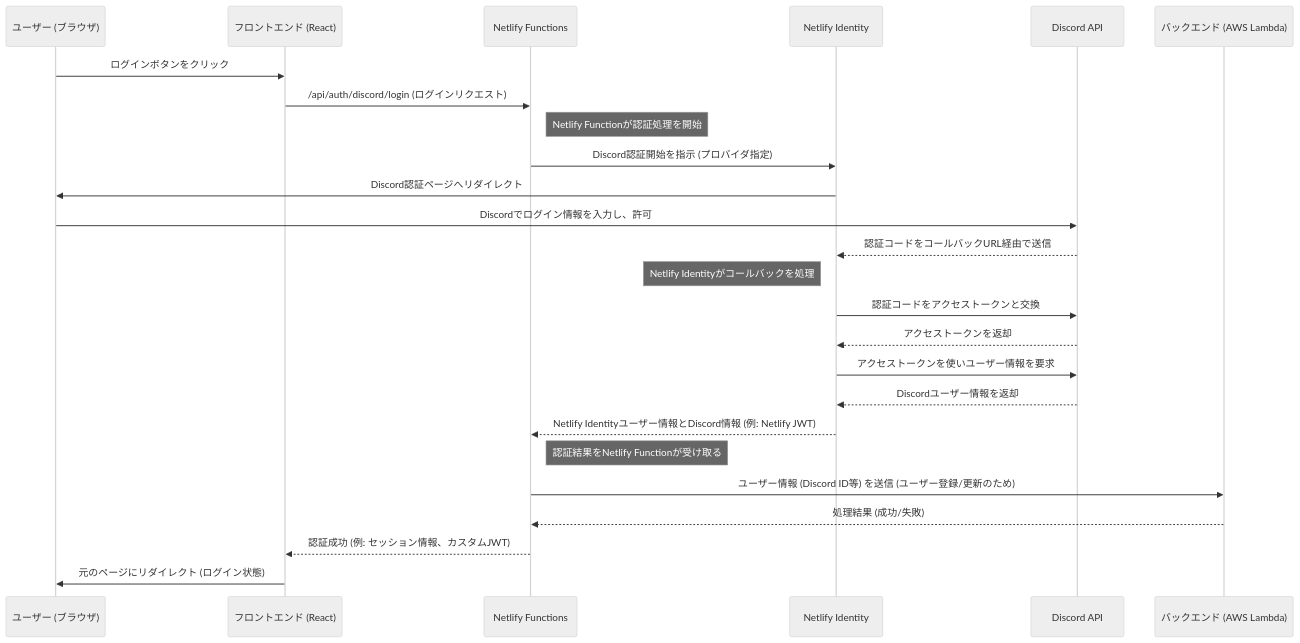
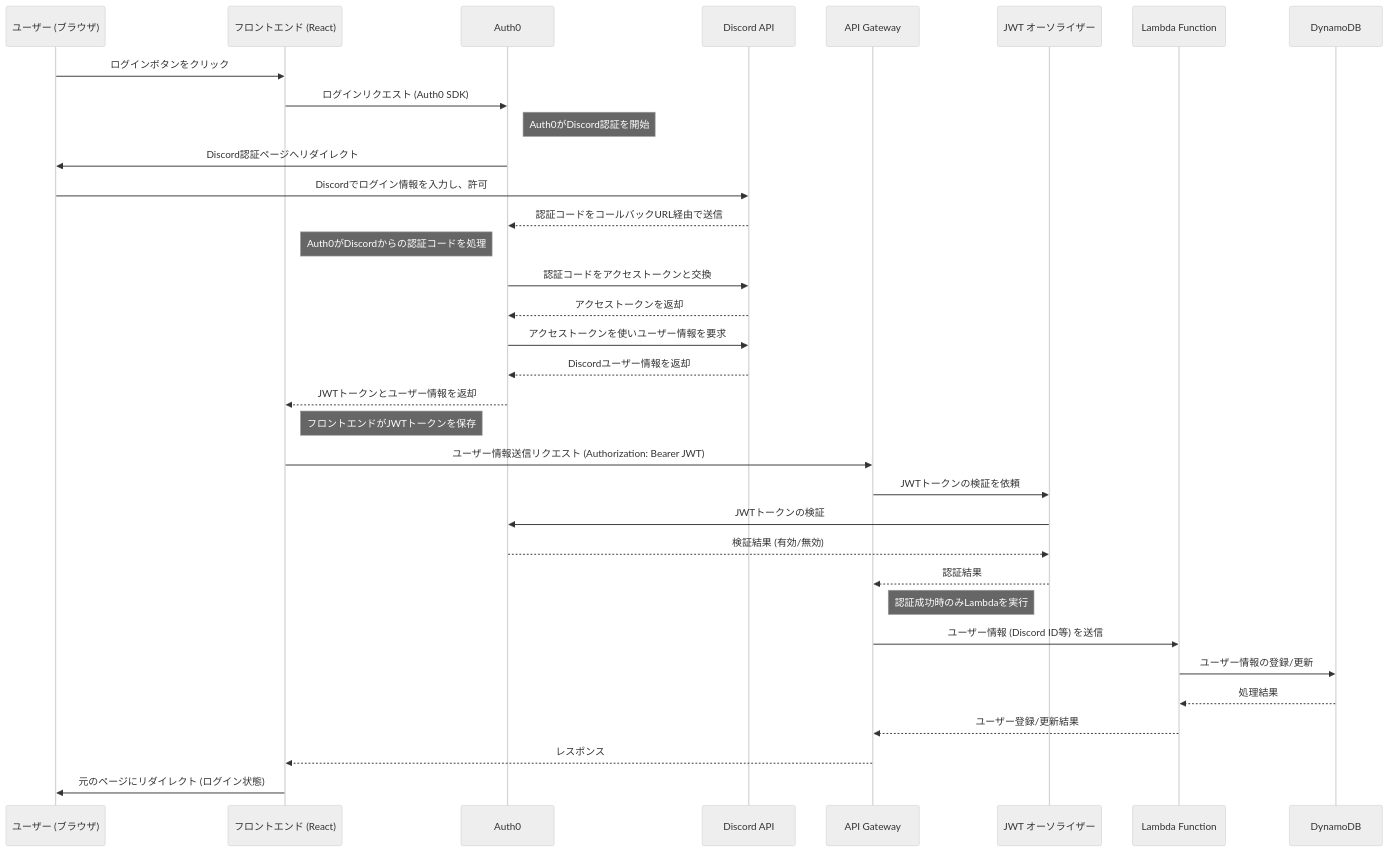
Before and after one commit to rikarazome/unitemate-v2: the diagram in docs/mvp/シーケンス図/ログイン処理.md, drawn with Mermaid (neutral theme).

Commit message:
docs: Auth0採用に伴いログイン処理シーケンス図を更新
🤖 Generated with [Claude Code](https://claude.ai/code)

````diff
--- a/docs/mvp/シーケンス図/ログイン処理.md
+++ b/docs/mvp/シーケンス図/ログイン処理.md
@@ -1,28 +1,38 @@
 ```mermaid
 sequenceDiagram
     participant User as ユーザー (ブラウザ)
     participant Frontend as フロントエンド (React)
-    participant NetlifyFunc as Netlify Functions
-    participant NetlifyIdentity as Netlify Identity
+    participant Auth0 as Auth0
     participant Discord as Discord API
-    participant Backend as バックエンド (AWS Lambda)
+    participant APIGateway as API Gateway
+    participant JWTAuth as JWT オーソライザー
+    participant Lambda as Lambda Function
+    participant DynamoDB as DynamoDB
 
     User->>Frontend: ログインボタンをクリック
-    Frontend->>NetlifyFunc: /api/auth/discord/login (ログインリクエスト)
-    note right of NetlifyFunc: Netlify Functionが認証処理を開始
-    NetlifyFunc->>NetlifyIdentity: Discord認証開始を指示 (プロバイダ指定)
-    NetlifyIdentity->>User: Discord認証ページへリダイレクト
+    Frontend->>Auth0: ログインリクエスト (Auth0 SDK)
+    note right of Auth0: Auth0がDiscord認証を開始
+    Auth0->>User: Discord認証ページへリダイレクト
     User->>Discord: Discordでログイン情報を入力し、許可
-    Discord-->>NetlifyIdentity: 認証コードをコールバックURL経由で送信
-    note left of NetlifyIdentity: Netlify Identityがコールバックを処理
-    NetlifyIdentity->>Discord: 認証コードをアクセストークンと交換
-    Discord-->>NetlifyIdentity: アクセストークンを返却
-    NetlifyIdentity->>Discord: アクセストークンを使いユーザー情報を要求
-    Discord-->>NetlifyIdentity: Discordユーザー情報を返却
-    NetlifyIdentity-->>NetlifyFunc: Netlify Identityユーザー情報とDiscord情報 (例: Netlify JWT)
-    note right of NetlifyFunc: 認証結果をNetlify Functionが受け取る
-    NetlifyFunc->>Backend: ユーザー情報 (Discord ID等) を送信 (ユーザー登録/更新のため)
-    Backend-->>NetlifyFunc: 処理結果 (成功/失敗)
-    NetlifyFunc-->>Frontend: 認証成功 (例: セッション情報、カスタムJWT)
+    Discord-->>Auth0: 認証コードをコールバックURL経由で送信
+    note left of Auth0: Auth0がDiscordからの認証コードを処理
+    Auth0->>Discord: 認証コードをアクセストークンと交換
+    Discord-->>Auth0: アクセストークンを返却
+    Auth0->>Discord: アクセストークンを使いユーザー情報を要求
+    Discord-->>Auth0: Discordユーザー情報を返却
+    Auth0-->>Frontend: JWTトークンとユーザー情報を返却
+    note right of Frontend: フロントエンドがJWTトークンを保存
+
+    Frontend->>APIGateway: ユーザー情報送信リクエスト (Authorization: Bearer JWT)
+    APIGateway->>JWTAuth: JWTトークンの検証を依頼
+    JWTAuth->>Auth0: JWTトークンの検証
+    Auth0-->>JWTAuth: 検証結果 (有効/無効)
+    JWTAuth-->>APIGateway: 認証結果
+    note right of APIGateway: 認証成功時のみLambdaを実行
+    APIGateway->>Lambda: ユーザー情報 (Discord ID等) を送信
+    Lambda->>DynamoDB: ユーザー情報の登録/更新
+    DynamoDB-->>Lambda: 処理結果
+    Lambda-->>APIGateway: ユーザー登録/更新結果
+    APIGateway-->>Frontend: レスポンス
     Frontend->>User: 元のページにリダイレクト (ログイン状態)
 ```
````
